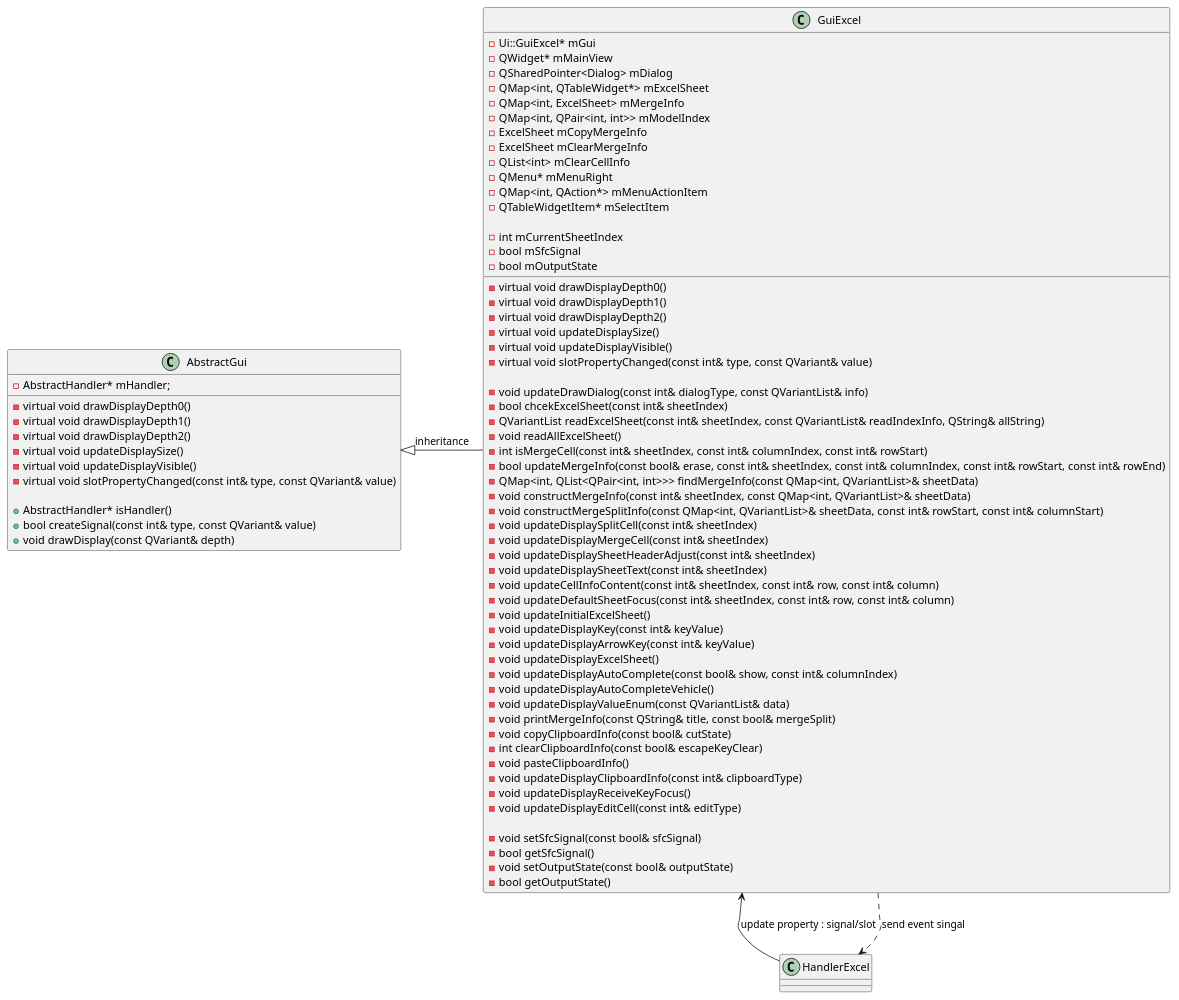
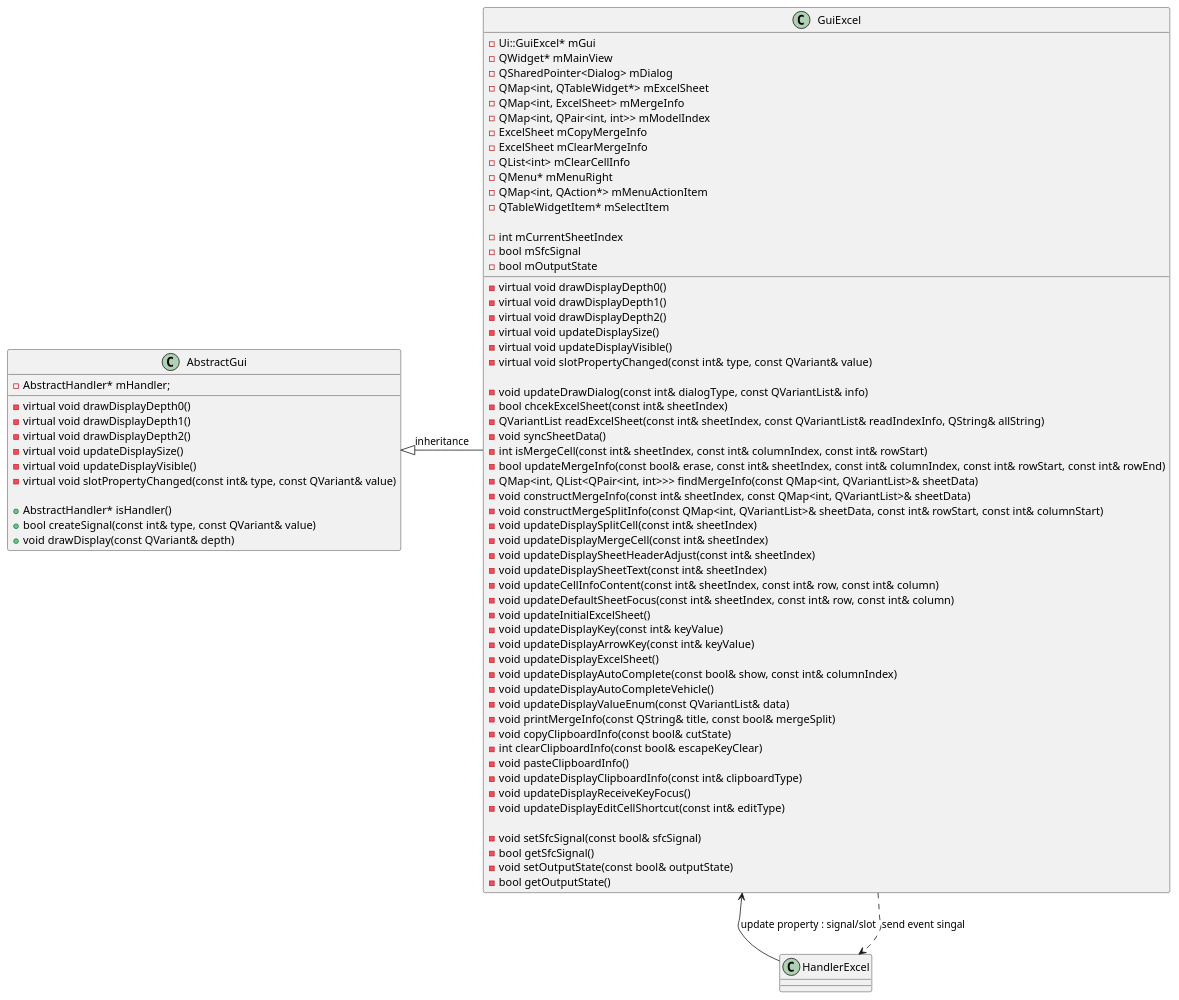
The diagram in Diagram/022_Excel/ClassDiagram_ExcelGui.plantuml (rlarudgh1997/Application), drawn with PlantUML before and after one commit. The commit also changed 13 other files, not shown here.

```diff
--- a/Diagram/022_Excel/ClassDiagram_ExcelGui.plantuml
+++ b/Diagram/022_Excel/ClassDiagram_ExcelGui.plantuml
@@ -1,86 +1,86 @@
 @startuml
 
 ' AbstractGui 클래스 정의
 class AbstractGui {
     -virtual void drawDisplayDepth0()
     -virtual void drawDisplayDepth1()
     -virtual void drawDisplayDepth2()
     -virtual void updateDisplaySize()
     -virtual void updateDisplayVisible()
     -virtual void slotPropertyChanged(const int& type, const QVariant& value)
 
     +AbstractHandler* isHandler()
     +bool createSignal(const int& type, const QVariant& value)
     +void drawDisplay(const QVariant& depth)
 
     -AbstractHandler* mHandler;
 }
 
 ' GuiExcel 클래스 정의
 class GuiExcel {
     -virtual void drawDisplayDepth0()
     -virtual void drawDisplayDepth1()
     -virtual void drawDisplayDepth2()
     -virtual void updateDisplaySize()
     -virtual void updateDisplayVisible()
     -virtual void slotPropertyChanged(const int& type, const QVariant& value)
 
     -void updateDrawDialog(const int& dialogType, const QVariantList& info)
     -bool chcekExcelSheet(const int& sheetIndex)
     -QVariantList readExcelSheet(const int& sheetIndex, const QVariantList& readIndexInfo, QString& allString)
-    -void readAllExcelSheet()
+    -void syncSheetData()
     -int isMergeCell(const int& sheetIndex, const int& columnIndex, const int& rowStart)
     -bool updateMergeInfo(const bool& erase, const int& sheetIndex, const int& columnIndex, const int& rowStart, const int& rowEnd)
     -QMap<int, QList<QPair<int, int>>> findMergeInfo(const QMap<int, QVariantList>& sheetData)
     -void constructMergeInfo(const int& sheetIndex, const QMap<int, QVariantList>& sheetData)
     -void constructMergeSplitInfo(const QMap<int, QVariantList>& sheetData, const int& rowStart, const int& columnStart)
     -void updateDisplaySplitCell(const int& sheetIndex)
     -void updateDisplayMergeCell(const int& sheetIndex)
     -void updateDisplaySheetHeaderAdjust(const int& sheetIndex)
     -void updateDisplaySheetText(const int& sheetIndex)
     -void updateCellInfoContent(const int& sheetIndex, const int& row, const int& column)
     -void updateDefaultSheetFocus(const int& sheetIndex, const int& row, const int& column)
     -void updateInitialExcelSheet()
     -void updateDisplayKey(const int& keyValue)
     -void updateDisplayArrowKey(const int& keyValue)
     -void updateDisplayExcelSheet()
     -void updateDisplayAutoComplete(const bool& show, const int& columnIndex)
     -void updateDisplayAutoCompleteVehicle()
     -void updateDisplayValueEnum(const QVariantList& data)
     -void printMergeInfo(const QString& title, const bool& mergeSplit)
     -void copyClipboardInfo(const bool& cutState)
     -int clearClipboardInfo(const bool& escapeKeyClear)
     -void pasteClipboardInfo()
     -void updateDisplayClipboardInfo(const int& clipboardType)
     -void updateDisplayReceiveKeyFocus()
-    -void updateDisplayEditCell(const int& editType)
+    -void updateDisplayEditCellShortcut(const int& editType)
 
     -void setSfcSignal(const bool& sfcSignal)
     -bool getSfcSignal()
     -void setOutputState(const bool& outputState)
     -bool getOutputState()
 
     -Ui::GuiExcel* mGui
     -QWidget* mMainView
     -QSharedPointer<Dialog> mDialog
     -QMap<int, QTableWidget*> mExcelSheet
     -QMap<int, ExcelSheet> mMergeInfo
     -QMap<int, QPair<int, int>> mModelIndex
     -ExcelSheet mCopyMergeInfo
     -ExcelSheet mClearMergeInfo
     -QList<int> mClearCellInfo
     -QMenu* mMenuRight
     -QMap<int, QAction*> mMenuActionItem
     -QTableWidgetItem* mSelectItem
 
     -int mCurrentSheetIndex
     -bool mSfcSignal
     -bool mOutputState
 }
 
 ' 클래스 간의 관계 정의
 AbstractGui <|- GuiExcel : inheritance
 GuiExcel <-- HandlerExcel : update property : signal/slot
 GuiExcel ..> HandlerExcel : send event singal
 
 @enduml
```
